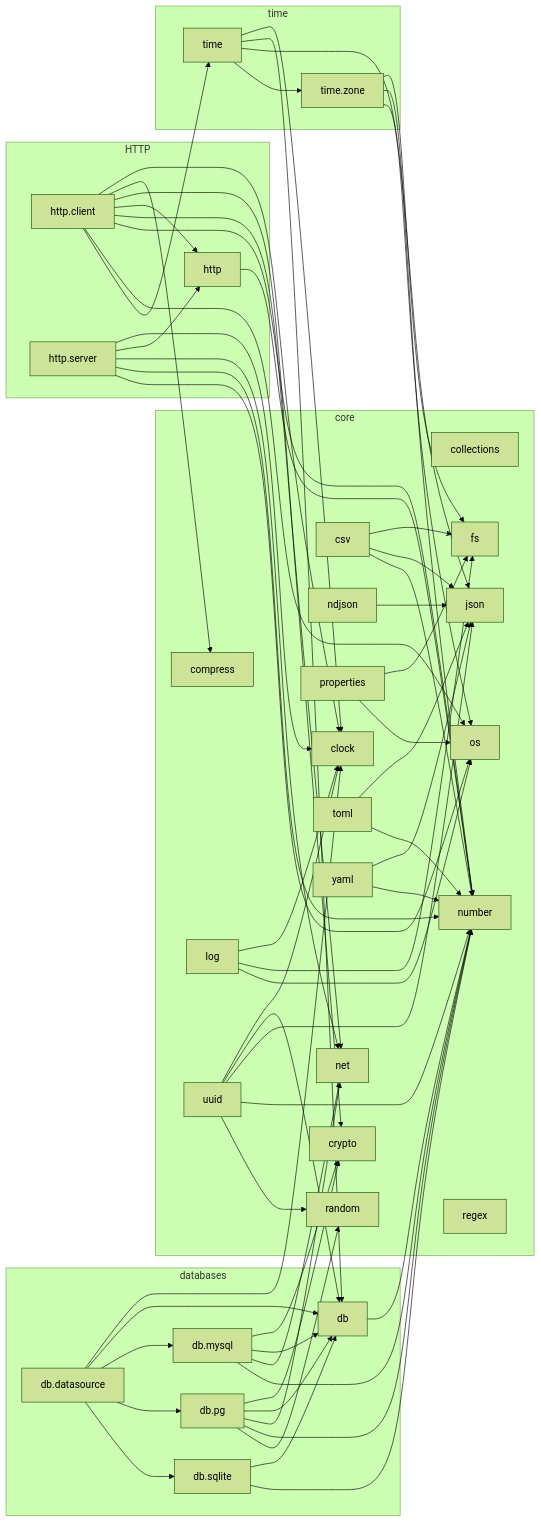
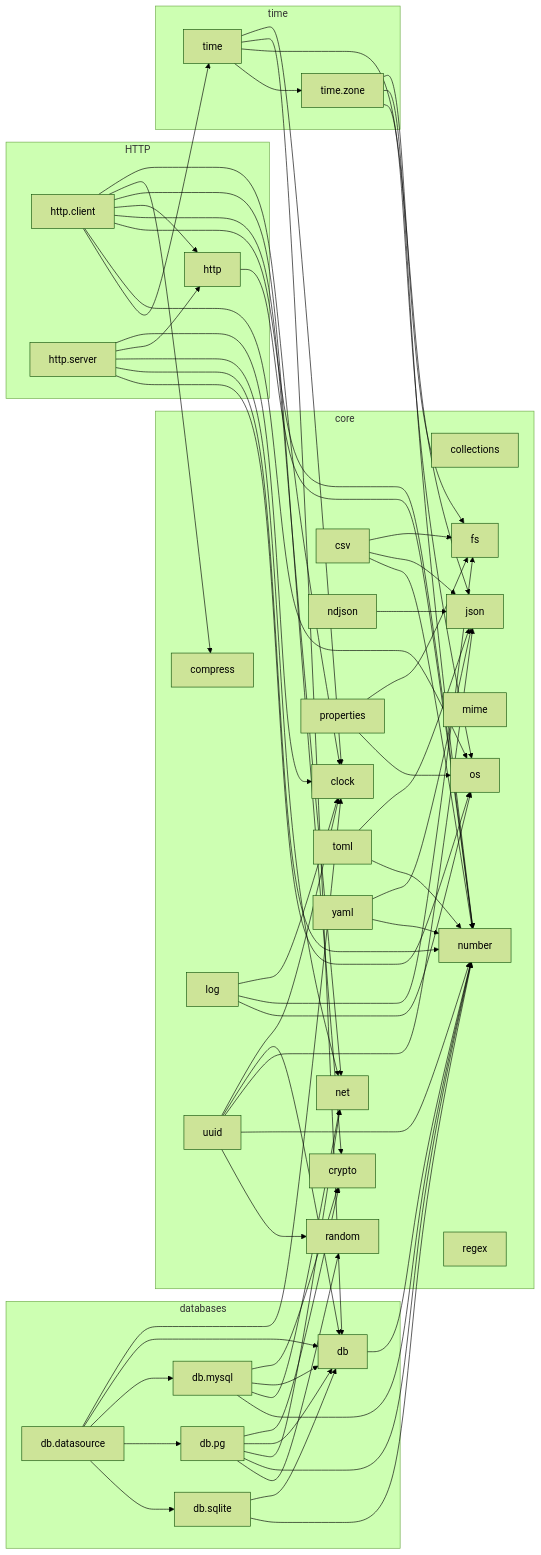
Before and after one commit to vasnatech/ziman: the diagram in docs/lib/dependencies.md, drawn with Mermaid (forest theme). The commit also changed other lines of this file and 14 other files, not shown here.

```diff
--- a/docs/lib/dependencies.md
+++ b/docs/lib/dependencies.md
@@ -16,6 +16,7 @@
         fs["fs"]
         json["json"]
         log["log"]
+        mime["mime"]
         ndjson["ndjson"]
         net["net"]
         number["number"]
```
